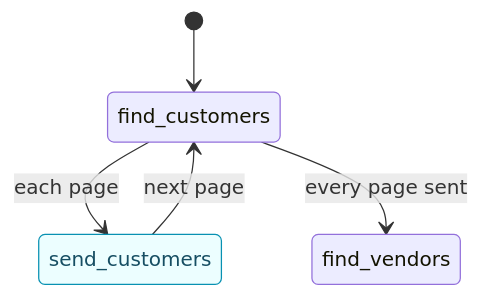
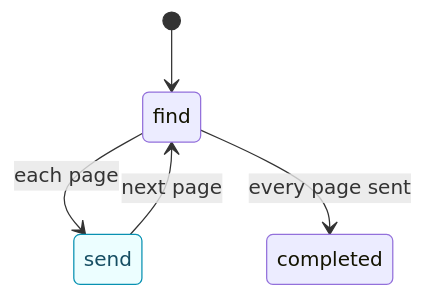
The third of 4 diagrams in workflow-authoring.mdx (qubeintegrations/docs), drawn with Mermaid before and after one commit. The commit also changed other lines of this file and 15 other files, not shown here.

First line of the commit message:
Docs: the core charts replace the cut ones; new Anatomy example

````diff
--- a/workflow-authoring.mdx
+++ b/workflow-authoring.mdx
@@ -837,9 +888,9 @@
 ```mermaid
 stateDiagram-v2
-  [*] --> find_customers
-  find_customers --> send_customers: each page
-  send_customers --> find_customers: next page
-  find_customers --> find_vendors: every page sent
+  [*] --> find
+  find --> send: each page
+  send --> find: next page
+  find --> completed: every page sent
   classDef send fill:#ecfeff,stroke:#0891b2,color:#164e63
-  class send_customers send
+  class send send
 ```
````
